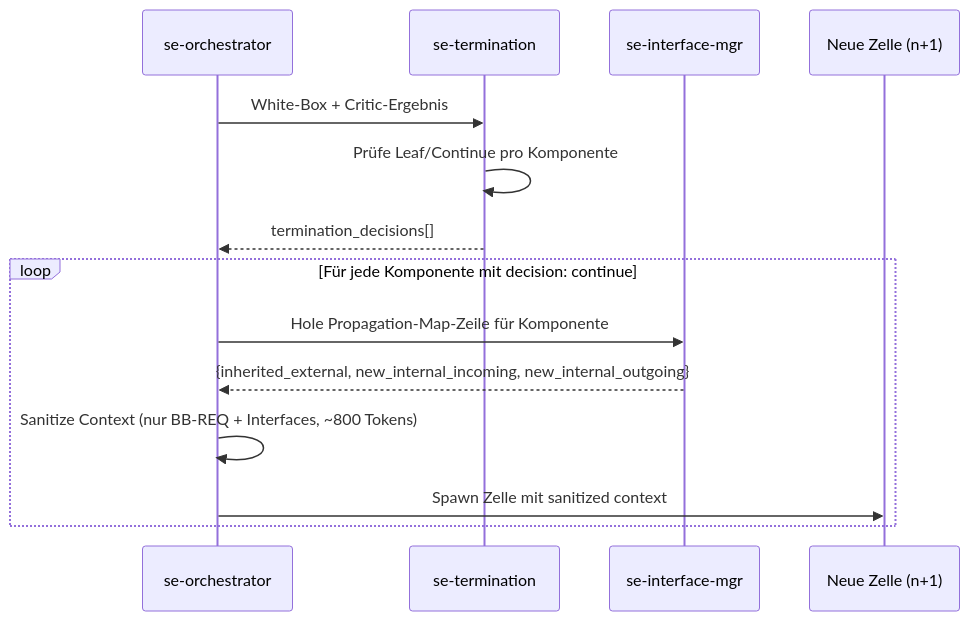
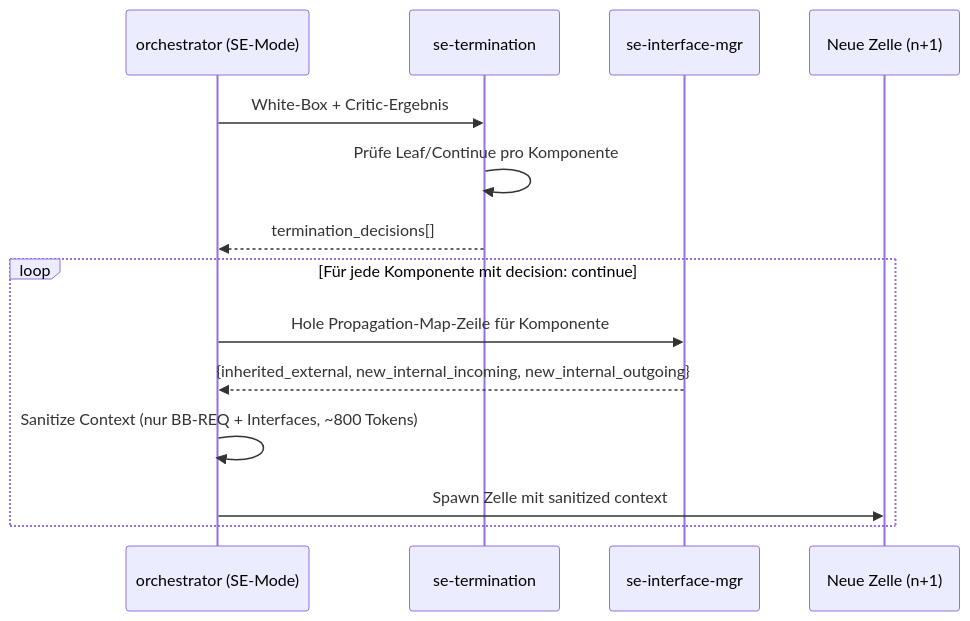
Before and after one commit to Popoboxxo/agent-meta: the second of 4 diagrams in docs/architecture/07-se-cascade.md, drawn with Mermaid. The commit also changed other lines of this file and 75 other files, not shown here.

````diff
--- a/docs/architecture/07-se-cascade.md
+++ b/docs/architecture/07-se-cascade.md
@@ -197,18 +197,18 @@
 ```mermaid
 sequenceDiagram
-    participant ORCH as se-orchestrator
+    participant ORCH as orchestrator (SE-Mode)
     participant TERM as se-termination
     participant IFM as se-interface-mgr
     participant NEXT as Neue Zelle (n+1)
 
     ORCH->>TERM: White-Box + Critic-Ergebnis
     TERM->>TERM: Prüfe Leaf/Continue pro Komponente
     TERM-->>ORCH: termination_decisions[]
 
     loop Für jede Komponente mit decision: continue
         ORCH->>IFM: Hole Propagation-Map-Zeile für Komponente
         IFM-->>ORCH: {inherited_external, new_internal_incoming, new_internal_outgoing}
         ORCH->>ORCH: Sanitize Context (nur BB-REQ + Interfaces, ~800 Tokens)
         ORCH->>NEXT: Spawn Zelle mit sanitized context
     end
 ```
````
